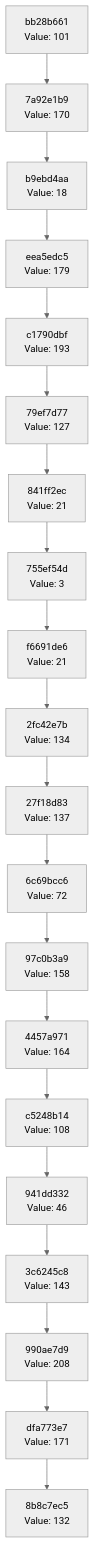
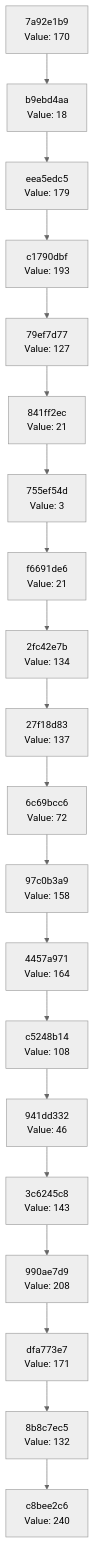
One commit to Abhisheksinha1506/hash-chain-evolver changed the diagram in docs/CHAIN_VISUALIZATION.md. Above: the diagram before and after it, drawn with Mermaid (neutral theme). The commit also changed 3 other files, not shown here.

````diff
--- a/docs/CHAIN_VISUALIZATION.md
+++ b/docs/CHAIN_VISUALIZATION.md
@@ -3,42 +3,42 @@
 ```mermaid
 graph TD
-    C0["8b8c7ec5<br/>Value: 132"]
-    C1["dfa773e7<br/>Value: 171"]
+    C0["c8bee2c6<br/>Value: 240"]
+    C1["8b8c7ec5<br/>Value: 132"]
     C1 --> C0
-    C2["990ae7d9<br/>Value: 208"]
+    C2["dfa773e7<br/>Value: 171"]
     C2 --> C1
-    C3["3c6245c8<br/>Value: 143"]
+    C3["990ae7d9<br/>Value: 208"]
     C3 --> C2
-    C4["941dd332<br/>Value: 46"]
+    C4["3c6245c8<br/>Value: 143"]
     C4 --> C3
-    C5["c5248b14<br/>Value: 108"]
+    C5["941dd332<br/>Value: 46"]
     C5 --> C4
-    C6["4457a971<br/>Value: 164"]
+    C6["c5248b14<br/>Value: 108"]
     C6 --> C5
-    C7["97c0b3a9<br/>Value: 158"]
+    C7["4457a971<br/>Value: 164"]
     C7 --> C6
-    C8["6c69bcc6<br/>Value: 72"]
+    C8["97c0b3a9<br/>Value: 158"]
     C8 --> C7
-    C9["27f18d83<br/>Value: 137"]
+    C9["6c69bcc6<br/>Value: 72"]
     C9 --> C8
-    C10["2fc42e7b<br/>Value: 134"]
+    C10["27f18d83<br/>Value: 137"]
     C10 --> C9
-    C11["f6691de6<br/>Value: 21"]
+    C11["2fc42e7b<br/>Value: 134"]
     C11 --> C10
-    C12["755ef54d<br/>Value: 3"]
+    C12["f6691de6<br/>Value: 21"]
     C12 --> C11
-    C13["841ff2ec<br/>Value: 21"]
+    C13["755ef54d<br/>Value: 3"]
     C13 --> C12
-    C14["79ef7d77<br/>Value: 127"]
+    C14["841ff2ec<br/>Value: 21"]
     C14 --> C13
-    C15["c1790dbf<br/>Value: 193"]
+    C15["79ef7d77<br/>Value: 127"]
     C15 --> C14
-    C16["eea5edc5<br/>Value: 179"]
+    C16["c1790dbf<br/>Value: 193"]
     C16 --> C15
-    C17["b9ebd4aa<br/>Value: 18"]
+    C17["eea5edc5<br/>Value: 179"]
     C17 --> C16
-    C18["7a92e1b9<br/>Value: 170"]
+    C18["b9ebd4aa<br/>Value: 18"]
     C18 --> C17
-    C19["bb28b661<br/>Value: 101"]
+    C19["7a92e1b9<br/>Value: 170"]
     C19 --> C18
 ```
````
